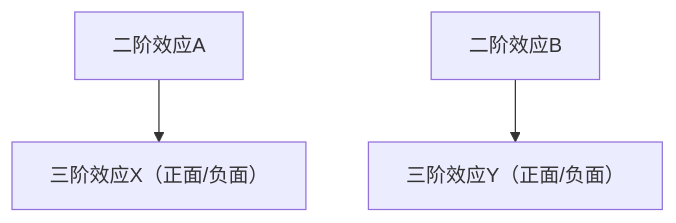
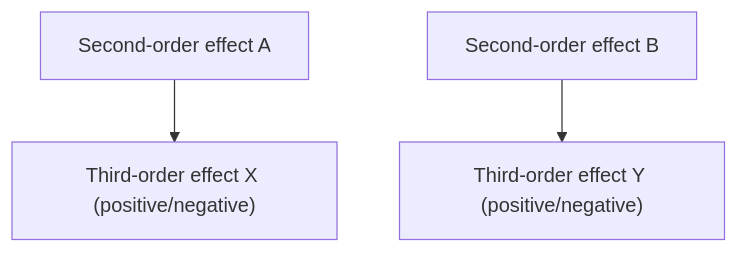
One commit to Kirky-X/kueiku changed the second of 2 diagrams in references/structured-thinking/second-order-thinking.md. Above: the diagram before and after it, drawn with Mermaid. The commit also changed other lines of this file and 126 other files, not shown here.

````diff
--- a/references/structured-thinking/second-order-thinking.md
+++ b/references/structured-thinking/second-order-thinking.md
@@ -68,5 +68,5 @@
 ```mermaid
 flowchart TD
-    A["二阶效应A"] --> X["三阶效应X（正面/负面）"]
-    B["二阶效应B"] --> Y["三阶效应Y（正面/负面）"]
+    A["Second-order effect A"] --> X["Third-order effect X (positive/negative)"]
+    B["Second-order effect B"] --> Y["Third-order effect Y (positive/negative)"]
 ```
````
